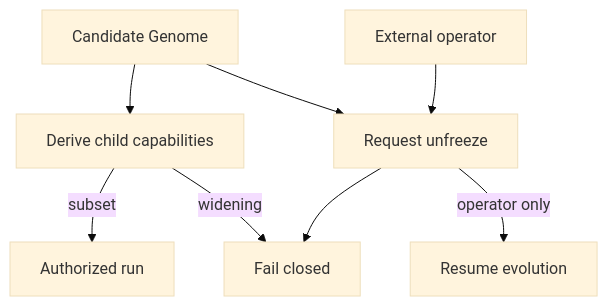
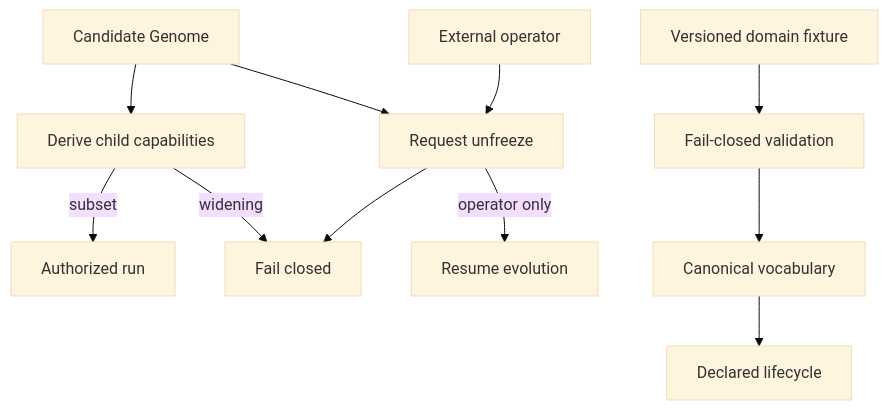
Before and after one commit to randyren278/Hephaestus: the diagram in docs/ARCHITECTURE.md, drawn with Mermaid (base theme). The commit also changed other lines of this file and 18 other files, not shown here.

````diff
--- a/docs/ARCHITECTURE.md
+++ b/docs/ARCHITECTURE.md
@@ -5,10 +5,13 @@
 ```mermaid
 flowchart TD
     Candidate[Candidate Genome] --> Derive[Derive child capabilities]
     Derive -->|subset| Run[Authorized run]
     Derive -->|widening| Deny[Fail closed]
     Candidate --> Unfreeze[Request unfreeze]
     Unfreeze --> Deny
     Operator[External operator] --> Unfreeze
     Unfreeze -->|operator only| Resume[Resume evolution]
+    Fixture[Versioned domain fixture] --> Validate[Fail-closed validation]
+    Validate --> Vocabulary[Canonical vocabulary]
+    Vocabulary --> Lifecycle[Declared lifecycle]
 ```
````
